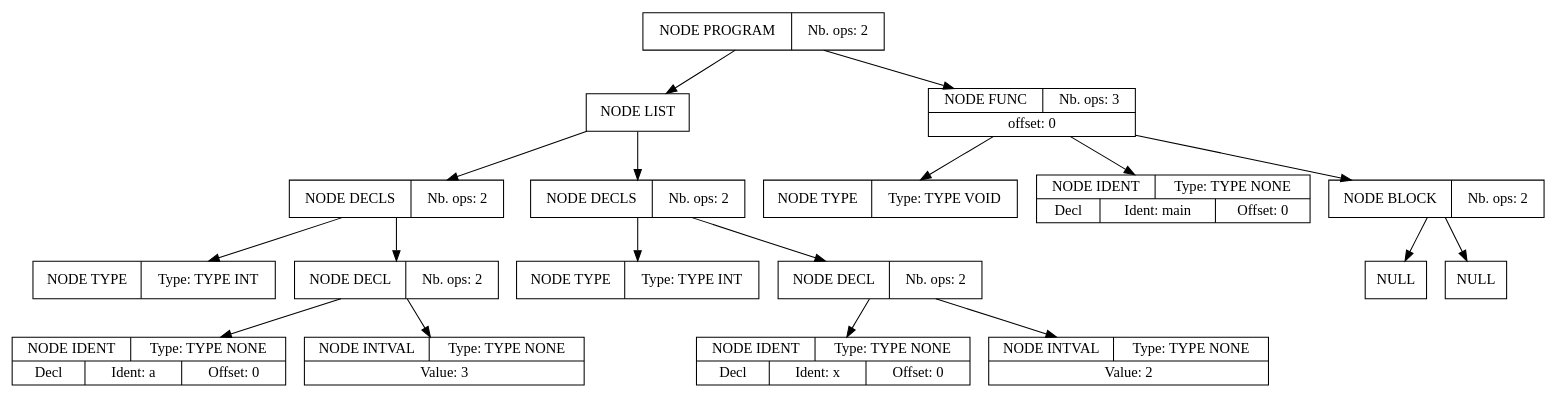
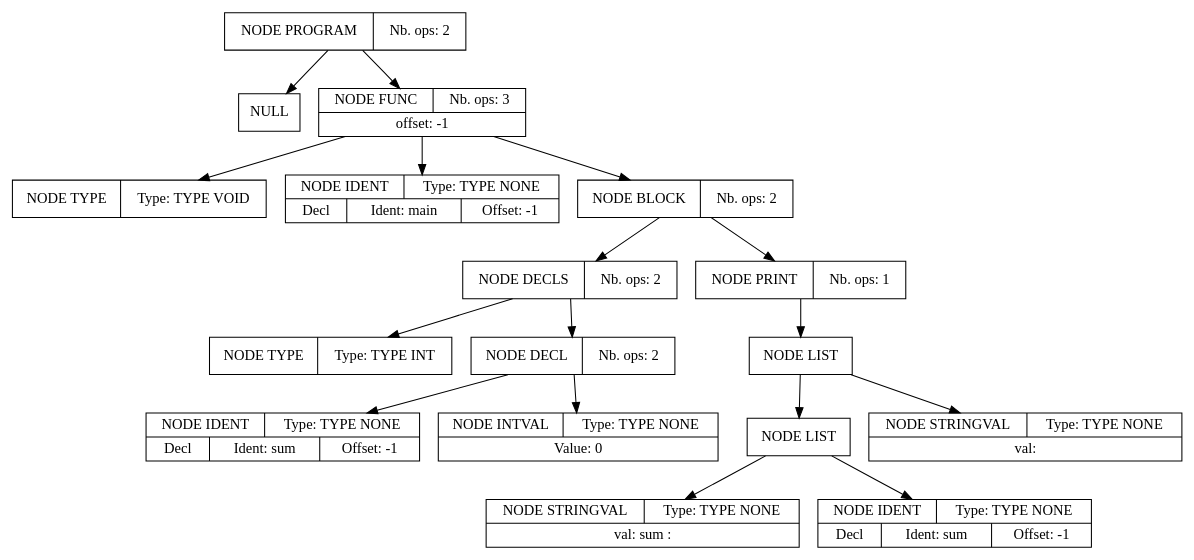
Before and after one commit to utrobert2/CompilateurCool: the diagram in apres_syntaxe.dot, drawn with Graphviz. The commit also changed 50 other files, not shown here.

```diff
--- a/apres_syntaxe.dot
+++ b/apres_syntaxe.dot
@@ -1,54 +1,51 @@
 digraph global_vars {
     N1 [shape=record, label="{{NODE PROGRAM|Nb. ops: 2}}"];
-    N2 [shape=record, label="{{NODE LIST}}"];
-    N3 [shape=record, label="{{NODE DECLS|Nb. ops: 2}}"];
-    N4 [shape=record, label="{{NODE TYPE|Type: TYPE INT}}"];
+    N2 [shape=record, label="{{NULL}}"];
+    edge[tailclip=true];
+    N1 -> N2
+    N3 [shape=record, label="{{NODE FUNC|Nb. ops: 3}|{offset: -1}}"];
+    N4 [shape=record, label="{{NODE TYPE|Type: TYPE VOID}}"];
     edge[tailclip=true];
     N3 -> N4
-    N5 [shape=record, label="{{NODE DECL|Nb. ops: 2}}"];
-    N6 [shape=record, label="{{NODE IDENT|Type: TYPE NONE}|{<decl>Decl      |Ident: a|Offset: 0}}"];
-    edge[tailclip=true];
-    N5 -> N6
-    N7 [shape=record, label="{{NODE INTVAL|Type: TYPE NONE}|{Value: 3}}"];
-    edge[tailclip=true];
-    N5 -> N7
+    N5 [shape=record, label="{{NODE IDENT|Type: TYPE NONE}|{<decl>Decl      |Ident: main|Offset: -1}}"];
     edge[tailclip=true];
     N3 -> N5
+    N6 [shape=record, label="{{NODE BLOCK|Nb. ops: 2}}"];
+    N7 [shape=record, label="{{NODE DECLS|Nb. ops: 2}}"];
+    N8 [shape=record, label="{{NODE TYPE|Type: TYPE INT}}"];
     edge[tailclip=true];
-    N2 -> N3
-    N8 [shape=record, label="{{NODE DECLS|Nb. ops: 2}}"];
-    N9 [shape=record, label="{{NODE TYPE|Type: TYPE INT}}"];
+    N7 -> N8
+    N9 [shape=record, label="{{NODE DECL|Nb. ops: 2}}"];
+    N10 [shape=record, label="{{NODE IDENT|Type: TYPE NONE}|{<decl>Decl      |Ident: sum|Offset: -1}}"];
     edge[tailclip=true];
-    N8 -> N9
-    N10 [shape=record, label="{{NODE DECL|Nb. ops: 2}}"];
-    N11 [shape=record, label="{{NODE IDENT|Type: TYPE NONE}|{<decl>Decl      |Ident: x|Offset: 0}}"];
+    N9 -> N10
+    N11 [shape=record, label="{{NODE INTVAL|Type: TYPE NONE}|{Value: 0}}"];
     edge[tailclip=true];
-    N10 -> N11
-    N12 [shape=record, label="{{NODE INTVAL|Type: TYPE NONE}|{Value: 2}}"];
+    N9 -> N11
     edge[tailclip=true];
-    N10 -> N12
+    N7 -> N9
     edge[tailclip=true];
-    N8 -> N10
+    N6 -> N7
+    N12 [shape=record, label="{{NODE PRINT|Nb. ops: 1}}"];
+    N13 [shape=record, label="{{NODE LIST}}"];
+    N14 [shape=record, label="{{NODE LIST}}"];
+    N15 [shape=record, label="{{NODE STRINGVAL|Type: TYPE NONE}|{val:  sum : }}"];
     edge[tailclip=true];
-    N2 -> N8
+    N14 -> N15
+    N16 [shape=record, label="{{NODE IDENT|Type: TYPE NONE}|{<decl>Decl      |Ident: sum|Offset: -1}}"];
     edge[tailclip=true];
-    N1 -> N2
-    N13 [shape=record, label="{{NODE FUNC|Nb. ops: 3}|{offset: 0}}"];
-    N14 [shape=record, label="{{NODE TYPE|Type: TYPE VOID}}"];
+    N14 -> N16
     edge[tailclip=true];
     N13 -> N14
-    N15 [shape=record, label="{{NODE IDENT|Type: TYPE NONE}|{<decl>Decl      |Ident: main|Offset: 0}}"];
+    N17 [shape=record, label="{{NODE STRINGVAL|Type: TYPE NONE}|{val: \n}}"];
     edge[tailclip=true];
-    N13 -> N15
-    N16 [shape=record, label="{{NODE BLOCK|Nb. ops: 2}}"];
-    N17 [shape=record, label="{{NULL}}"];
+    N13 -> N17
     edge[tailclip=true];
-    N16 -> N17
-    N18 [shape=record, label="{{NULL}}"];
+    N12 -> N13
     edge[tailclip=true];
-    N16 -> N18
+    N6 -> N12
     edge[tailclip=true];
-    N13 -> N16
+    N3 -> N6
     edge[tailclip=true];
-    N1 -> N13
+    N1 -> N3
 }
```
